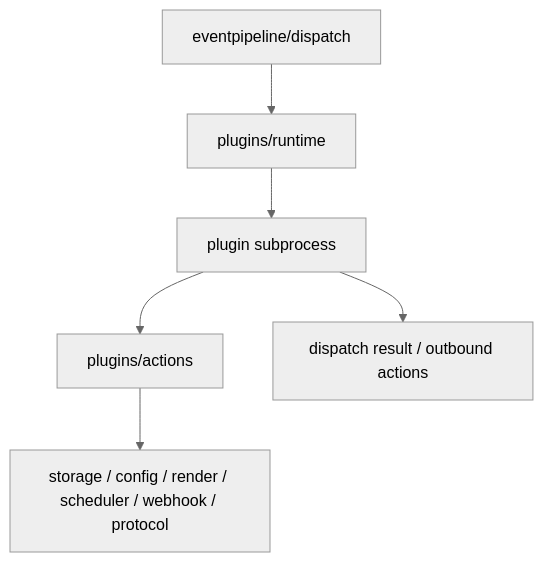
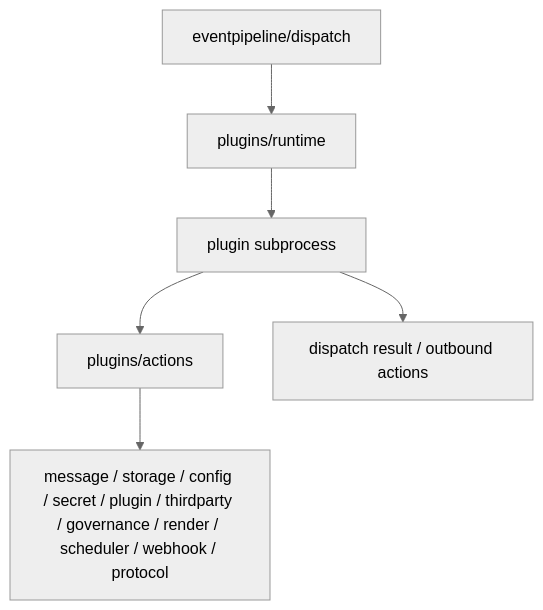
Before and after one commit to RayleaBot/RayleaBot: the second of 2 diagrams in docs/architecture/plugin-runtime.md, drawn with Mermaid (neutral theme). The commit also changed other lines of this file and 38 other files, not shown here.

Commit message:
docs: reconcile architecture and operational guidance

````diff
--- a/docs/architecture/plugin-runtime.md
+++ b/docs/architecture/plugin-runtime.md
@@ -31,8 +31,8 @@
 ```mermaid
 flowchart TD
   dispatcher["eventpipeline/dispatch"] --> runtime["plugins/runtime"]
   runtime --> plugin["plugin subprocess"]
   plugin --> localaction["plugins/actions"]
-  localaction --> service["storage / config / render / scheduler / webhook / protocol"]
+  localaction --> service["message / storage / config / secret / plugin / thirdparty / governance / render / scheduler / webhook / protocol"]
   plugin --> result["dispatch result / outbound actions"]
 ```
````
